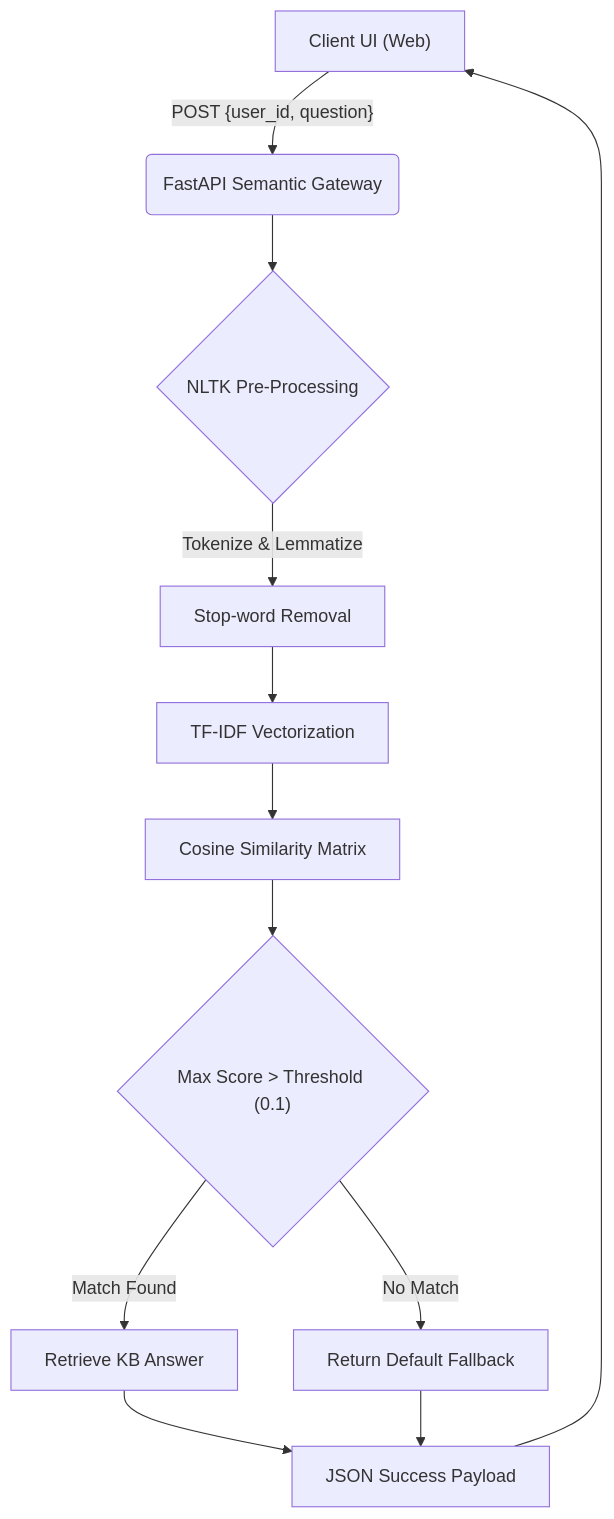
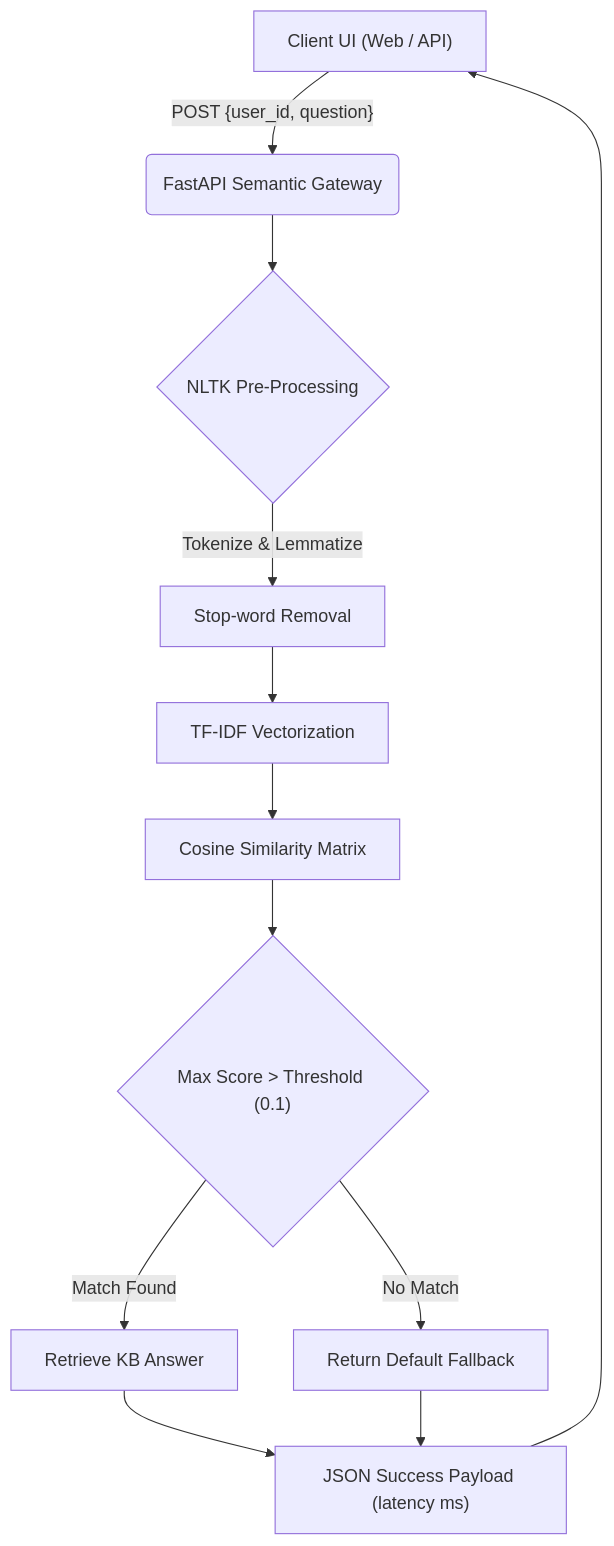
Before and after one commit to lakshanmuruganandam/Sentinel-FAQ-Bot: the diagram in README.md, drawn with Mermaid. The commit also changed other lines of this file and 3 other files, not shown here.

Commit message:
Enhance repository architecture: expand README, add unit tests structure

````diff
--- a/README.md
+++ b/README.md
@@ -37,14 +38,14 @@
 ```mermaid
 graph TD
-    A["Client UI (Web)"] -->|"POST {user_id, question}"| B("FastAPI Semantic Gateway")
+    A["Client UI (Web / API)"] -->|"POST {user_id, question}"| B("FastAPI Semantic Gateway")
     B --> C{"NLTK Pre-Processing"}
     C -->|"Tokenize & Lemmatize"| D["Stop-word Removal"]
     D --> E["TF-IDF Vectorization"]
     E --> F["Cosine Similarity Matrix"]
     F --> G{"Max Score > Threshold (0.1)"}
     G -->|"Match Found"| H["Retrieve KB Answer"]
     G -->|"No Match"| I["Return Default Fallback"]
-    H --> J["JSON Success Payload"]
+    H --> J["JSON Success Payload (latency ms)"]
     I --> J
     J --> A
 ```
````
